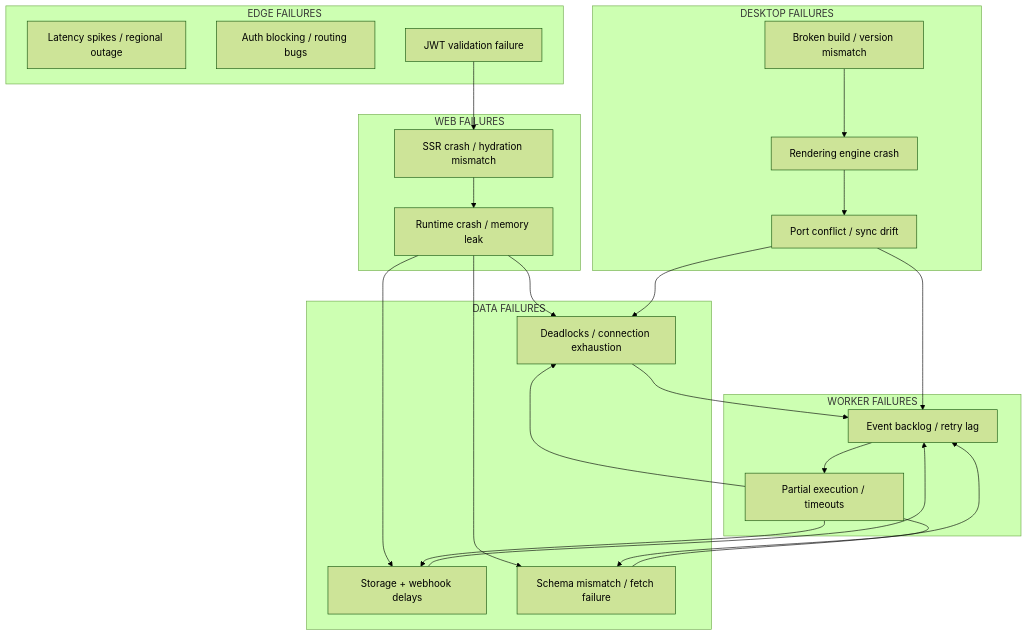
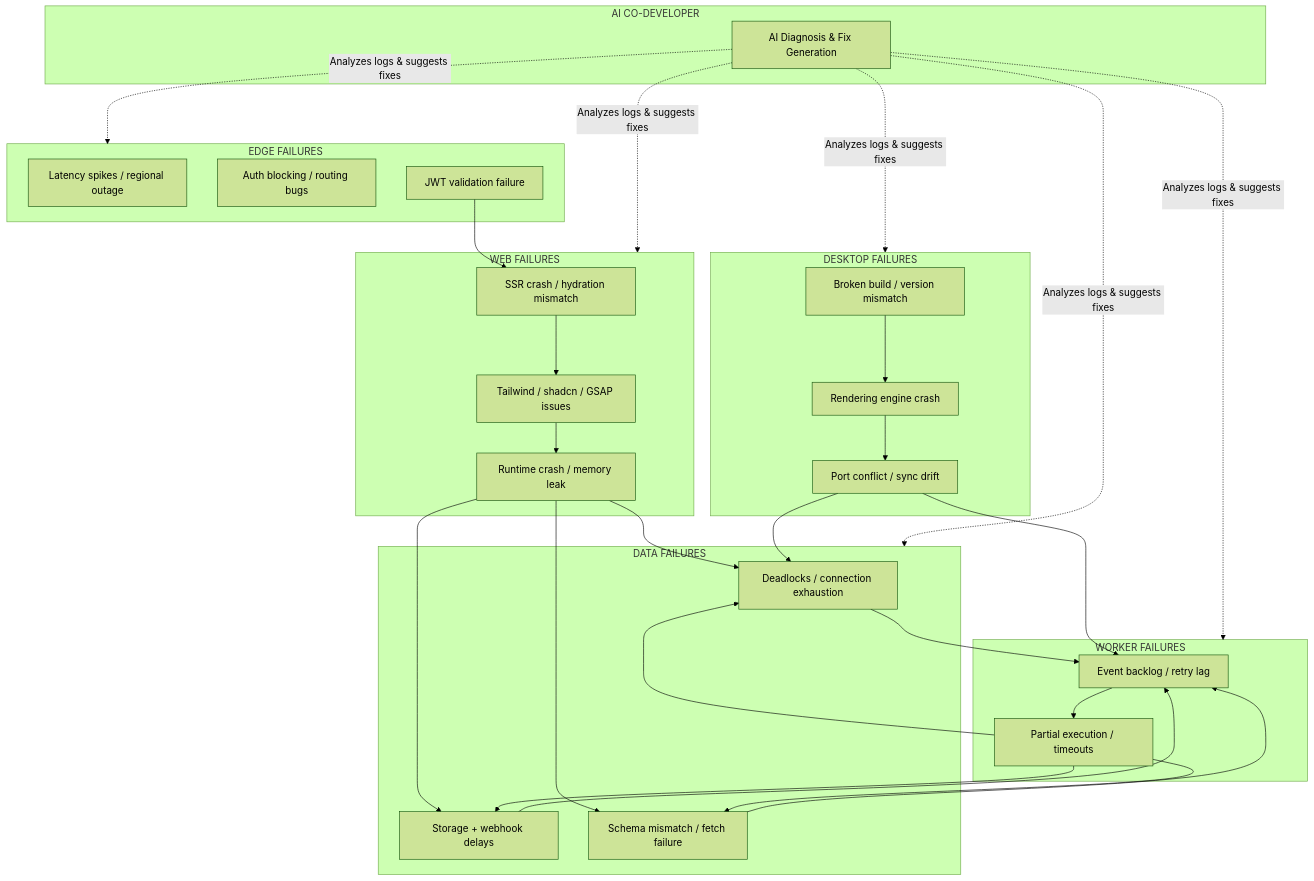
The second of 3 diagrams in From-Web-Stack-to-Living-System.md (seanwhs/Plans), drawn with Mermaid (forest theme) before and after one commit. The commit also changed other lines of this file, not shown here.

````diff
--- a/From-Web-Stack-to-Living-System.md
+++ b/From-Web-Stack-to-Living-System.md
@@ -120,50 +112,53 @@
 ```mermaid
 flowchart TB
-
 subgraph EDGE["EDGE FAILURES"]
 CDN["Latency spikes / regional outage"]
 Middleware["Auth blocking / routing bugs"]
 Clerk["JWT validation failure"]
 end
-
 subgraph WEB["WEB FAILURES"]
 Next["SSR crash / hydration mismatch"]
+UI["Tailwind / shadcn / GSAP issues"]
 Bun["Runtime crash / memory leak"]
 end
-
 subgraph DATA["DATA FAILURES"]
 PG["Deadlocks / connection exhaustion"]
 Appwrite["Storage + webhook delays"]
 Sanity["Schema mismatch / fetch failure"]
 end
-
 subgraph WORKERS["WORKER FAILURES"]
 Inngest["Event backlog / retry lag"]
 Jobs["Partial execution / timeouts"]
 end
-
 subgraph DESKTOP["DESKTOP FAILURES"]
 Binary["Broken build / version mismatch"]
 WebView["Rendering engine crash"]
 Local["Port conflict / sync drift"]
 end
+subgraph AI["AI CO-DEVELOPER"]
+AIHelp["AI Diagnosis & Fix Generation"]
+end
 
 Clerk --> Next
-Next --> Bun
+Next --> UI
+UI --> Bun
 Bun --> PG
 Bun --> Appwrite
 Bun --> Sanity
-
 PG --> Inngest
 Appwrite --> Inngest
 Sanity --> Inngest
-
 Inngest --> Jobs
 Jobs --> PG
 Jobs --> Appwrite
 Jobs --> Sanity
-
 Binary --> WebView --> Local
 Local --> PG
 Local --> Inngest
+
+AIHelp -.->|"Analyzes logs & suggests fixes"| EDGE
+AIHelp -.->|"Analyzes logs & suggests fixes"| WEB
+AIHelp -.->|"Analyzes logs & suggests fixes"| DATA
+AIHelp -.->|"Analyzes logs & suggests fixes"| WORKERS
+AIHelp -.->|"Analyzes logs & suggests fixes"| DESKTOP
 ```
````
